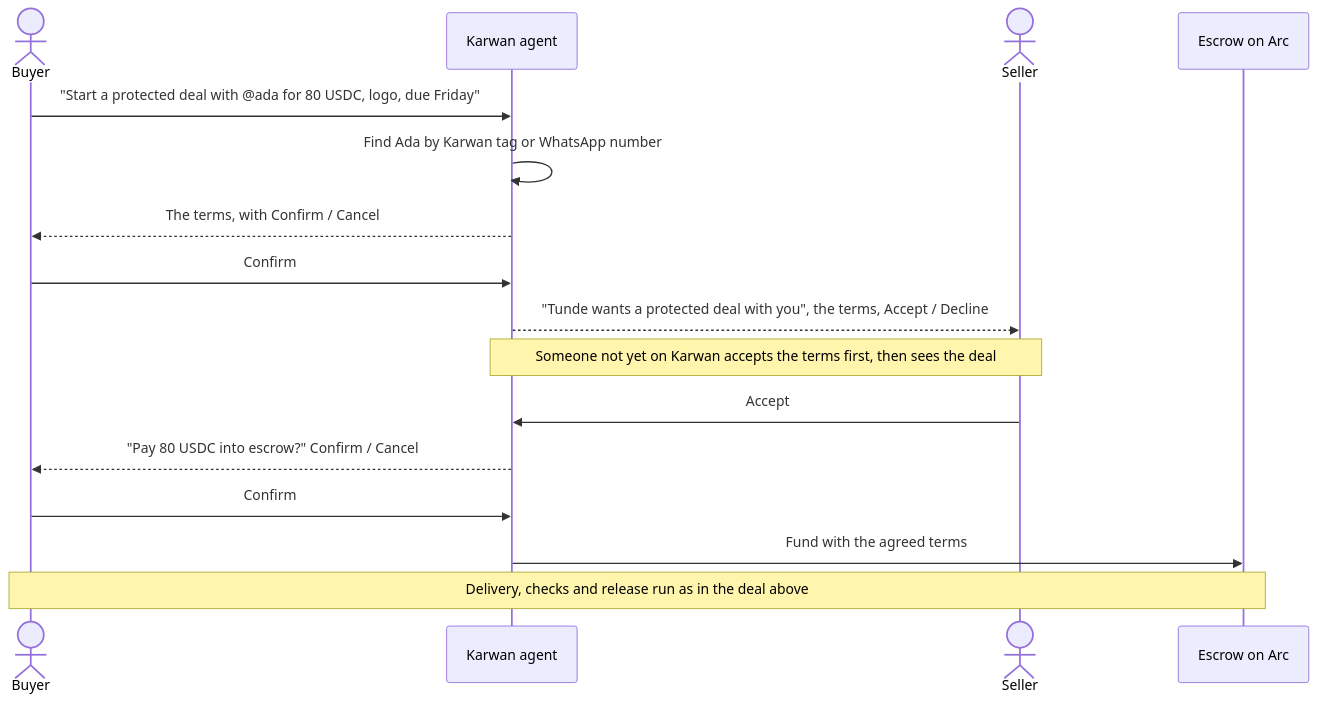
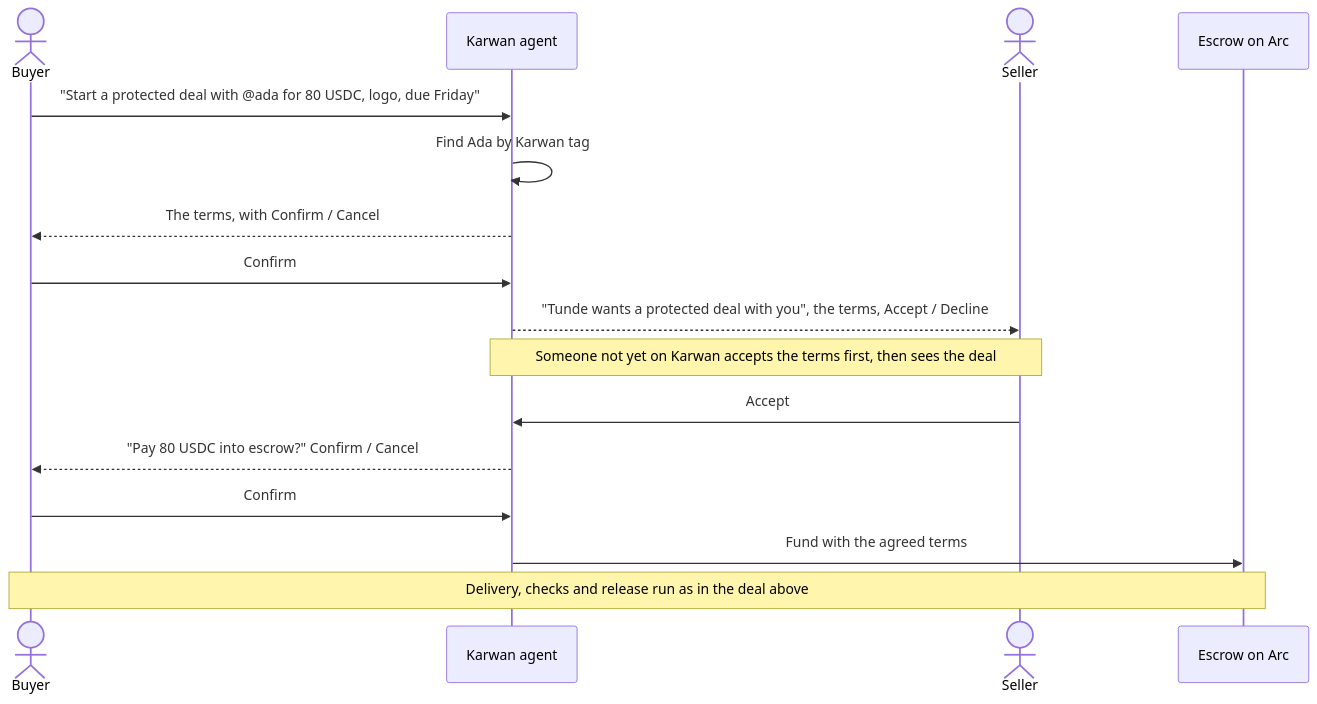
One commit to Iziedking/Karwan changed the fifth of 6 diagrams in docs/architecture/10-verified-network.md. Above: the diagram before and after it, drawn with Mermaid. The commit also changed other lines of this file and 70 other files, not shown here.

````diff
--- a/docs/architecture/10-verified-network.md
+++ b/docs/architecture/10-verified-network.md
@@ -142,19 +144,19 @@
 ```mermaid
 sequenceDiagram
   actor B as Buyer
   participant K as Karwan agent
   actor S as Seller
   participant E as Escrow on Arc
 
   B->>K: "Start a protected deal with @ada for 80 USDC, logo, due Friday"
-  K->>K: Find Ada by Karwan tag or WhatsApp number
+  K->>K: Find Ada by Karwan tag
   K-->>B: The terms, with Confirm / Cancel
   B->>K: Confirm
   K-->>S: "Tunde wants a protected deal with you", the terms, Accept / Decline
   Note over K,S: Someone not yet on Karwan accepts the terms first, then sees the deal
   S->>K: Accept
   K-->>B: "Pay 80 USDC into escrow?" Confirm / Cancel
   B->>K: Confirm
   K->>E: Fund with the agreed terms
   Note over B,E: Delivery, checks and release run as in the deal above
 ```
````
